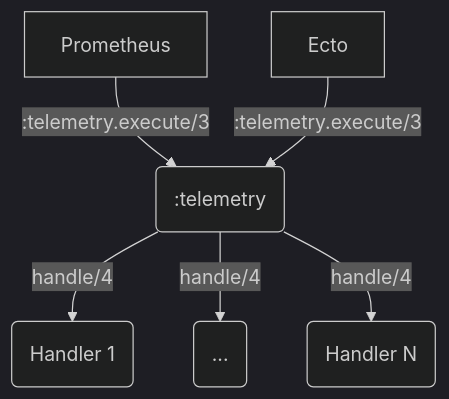
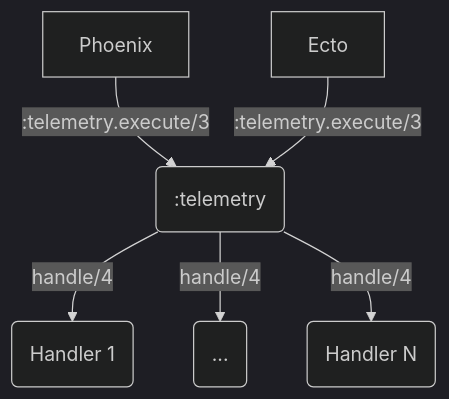
The first of 5 diagrams in 2022-elixir-conf-eu/diagrams.md (bamorim/presentations), drawn with Mermaid (dark theme) before and after one commit. The commit also changed other lines of this file and 5 other files, not shown here.

````diff
--- a/2022-elixir-conf-eu/diagrams.md
+++ b/2022-elixir-conf-eu/diagrams.md
@@ -1,8 +1,8 @@
 ```mermaid
 graph TD
-    P[Prometheus] -->|:telemetry.execute/3| T(:telemetry)
+    P[Phoenix] -->|:telemetry.execute/3| T(:telemetry)
     E[Ecto] -->|:telemetry.execute/3| T
     T -->|handle/4| H1(Handler 1)
     T -->|handle/4| H.(...)
     T -->|handle/4| H2(Handler N)
 ```
````
